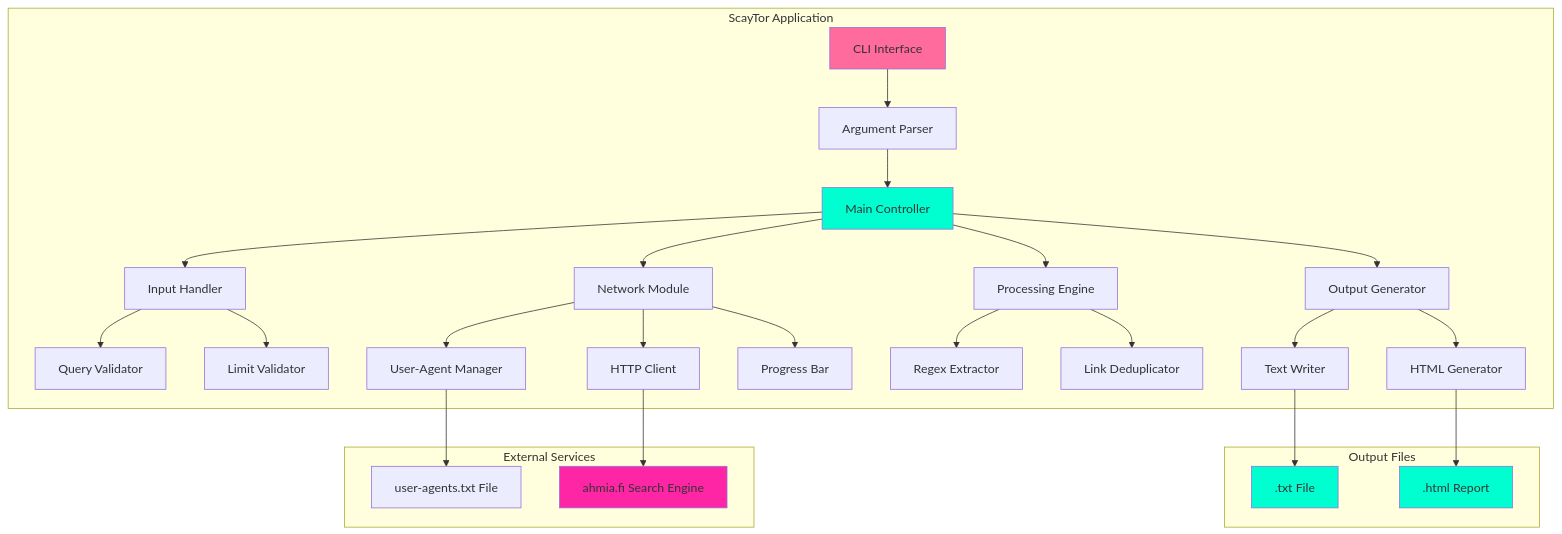
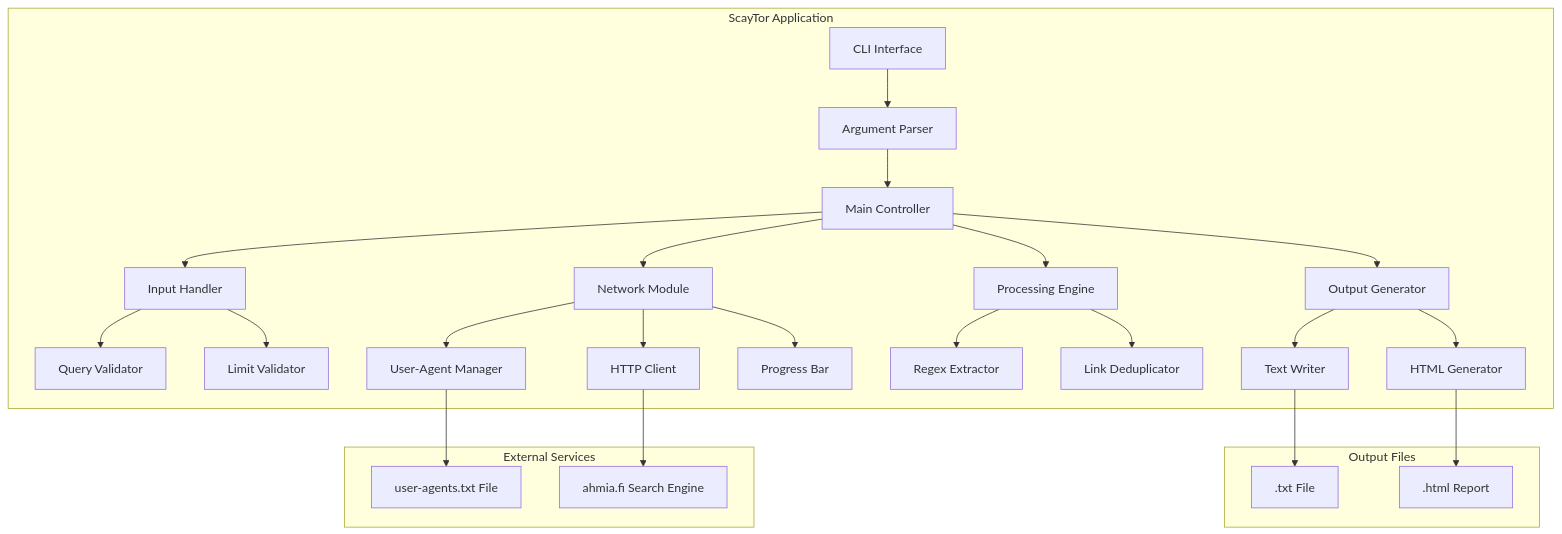
The first of 6 diagrams in README.md (Scayar/ScayTor), drawn with Mermaid before and after one commit.

Commit message:
Fix System Architecture: use flowchart TB with quoted labels for GitHub compatibility

````diff
--- a/README.md
+++ b/README.md
@@ -82,40 +82,32 @@
 ```mermaid
-graph TB
-    subgraph App[ScayTor Application]
-        A[CLI Interface] --> B[Argument Parser]
-        B --> C[Main Controller]
-        C --> D[Input Handler]
-        C --> E[Network Module]
-        C --> F[Processing Engine]
-        D --> G[Query Validator]
-        D --> H[Limit Validator]
-        E --> I[User-Agent Manager]
-        E --> J[HTTP Client]
-        E --> K[Progress Bar]
-        F --> L[Regex Extractor]
-        F --> M[Link Deduplicator]
-        C --> N[Output Generator]
-        N --> O[Text Writer]
-        N --> P[HTML Generator]
+flowchart TB
+    subgraph App["ScayTor Application"]
+        A["CLI Interface"] --> B["Argument Parser"]
+        B --> C["Main Controller"]
+        C --> D["Input Handler"]
+        C --> E["Network Module"]
+        C --> F["Processing Engine"]
+        D --> G["Query Validator"]
+        D --> H["Limit Validator"]
+        E --> I["User-Agent Manager"]
+        E --> J["HTTP Client"]
+        E --> K["Progress Bar"]
+        F --> L["Regex Extractor"]
+        F --> M["Link Deduplicator"]
+        C --> N["Output Generator"]
+        N --> O["Text Writer"]
+        N --> P["HTML Generator"]
     end
-    subgraph Ext[External Services]
-        Q[ahmia.fi Search Engine]
-        R[user-agents.txt File]
+    subgraph Ext["External Services"]
+        Q["ahmia.fi Search Engine"]
+        R["user-agents.txt File"]
     end
     J --> Q
     I --> R
-    subgraph Out[Output Files]
-        S[.txt File]
-        T[.html Report]
+    subgraph Out["Output Files"]
+        S[".txt File"]
+        T[".html Report"]
     end
     O --> S
     P --> T
-    classDef appFill fill:#ff6b9d
-    classDef controllerFill fill:#00ffd0
-    classDef externalFill fill:#ff26a6
-    classDef outputFill fill:#00ffd0
-    class A appFill
-    class C controllerFill
-    class Q externalFill
-    class S,T outputFill
 ```
````
